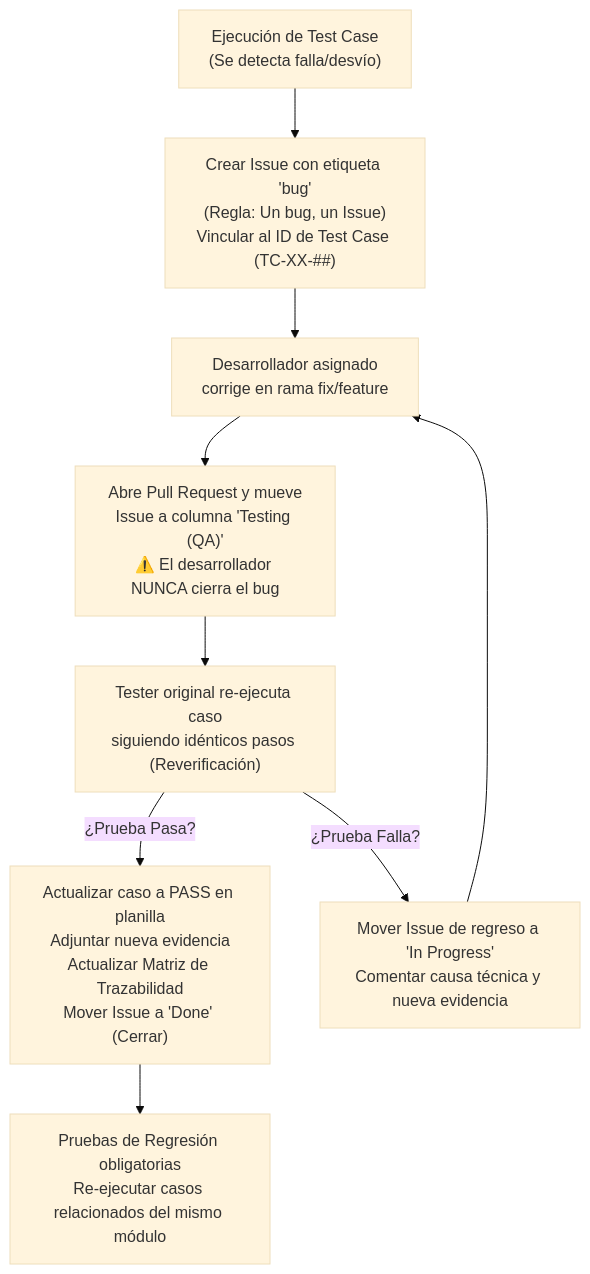
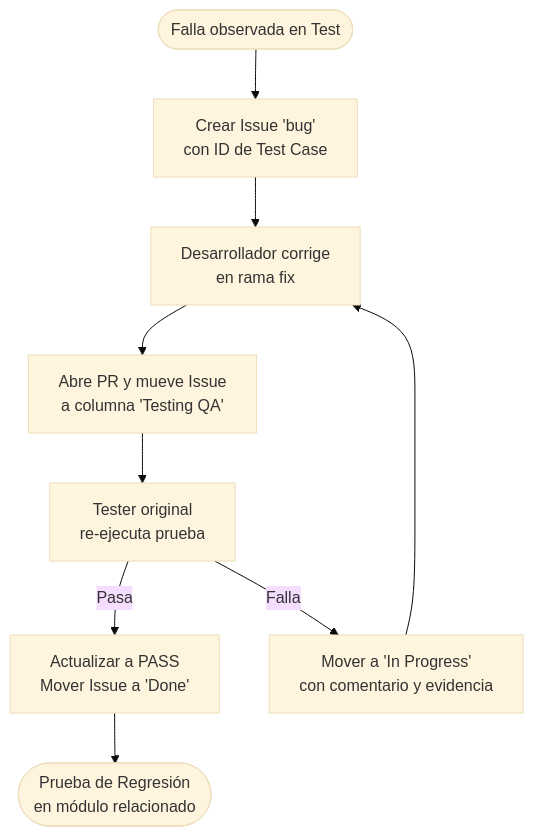
The first of 2 diagrams in docs/PLAN_DE_PRUEBAS.md (ISPC-WEB-2025/TodoStock-AppMovil), drawn with Mermaid (base theme) before and after one commit. The commit also changed other lines of this file, not shown here.

Commit message:
fix(TK80): corregir formato de diagrama y tono prescriptivo en plan de pruebas
Ajusta legibilidad del diagrama Mermaid, elimina menciones a resultados futuros adoptando tono prescriptivo normativo y actualiza la matriz de ejecución cruzada a 'modificada'.

Refs #69

````diff
--- a/docs/PLAN_DE_PRUEBAS.md
+++ b/docs/PLAN_DE_PRUEBAS.md
@@ -202,11 +208,11 @@
 ```mermaid
 flowchart TD
-    A["Ejecución de Test Case<br/>(Se detecta falla/desvío)"] --> B["Crear Issue con etiqueta 'bug'<br/>(Regla: Un bug, un Issue)<br/>Vincular al ID de Test Case (TC-XX-##)"]
-    B --> C["Desarrollador asignado<br/>corrige en rama fix/feature"]
-    C --> D["Abre Pull Request y mueve<br/>Issue a columna 'Testing (QA)'<br/>⚠️ El desarrollador NUNCA cierra el bug"]
-    D --> E["Tester original re-ejecuta caso<br/>siguiendo idénticos pasos (Reverificación)"]
-    E -->|¿Prueba Pasa?| F["Actualizar caso a PASS en planilla<br/>Adjuntar nueva evidencia<br/>Actualizar Matriz de Trazabilidad<br/>Mover Issue a 'Done' (Cerrar)"]
-    E -->|¿Prueba Falla?| G["Mover Issue de regreso a 'In Progress'<br/>Comentar causa técnica y nueva evidencia"]
+    A([Falla observada en Test]) --> B[Crear Issue 'bug'<br/>con ID de Test Case]
+    B --> C[Desarrollador corrige<br/>en rama fix]
+    C --> D[Abre PR y mueve Issue<br/>a columna 'Testing QA']
+    D --> E[Tester original<br/>re-ejecuta prueba]
+    E -->|Pasa| F[Actualizar a PASS<br/>Mover Issue a 'Done']
+    E -->|Falla| G[Mover a 'In Progress'<br/>con comentario y evidencia]
     G --> C
-    F --> H["Pruebas de Regresión obligatorias<br/>Re-ejecutar casos relacionados del mismo módulo"]
+    F --> H([Prueba de Regresión<br/>en módulo relacionado])
 ```
````
